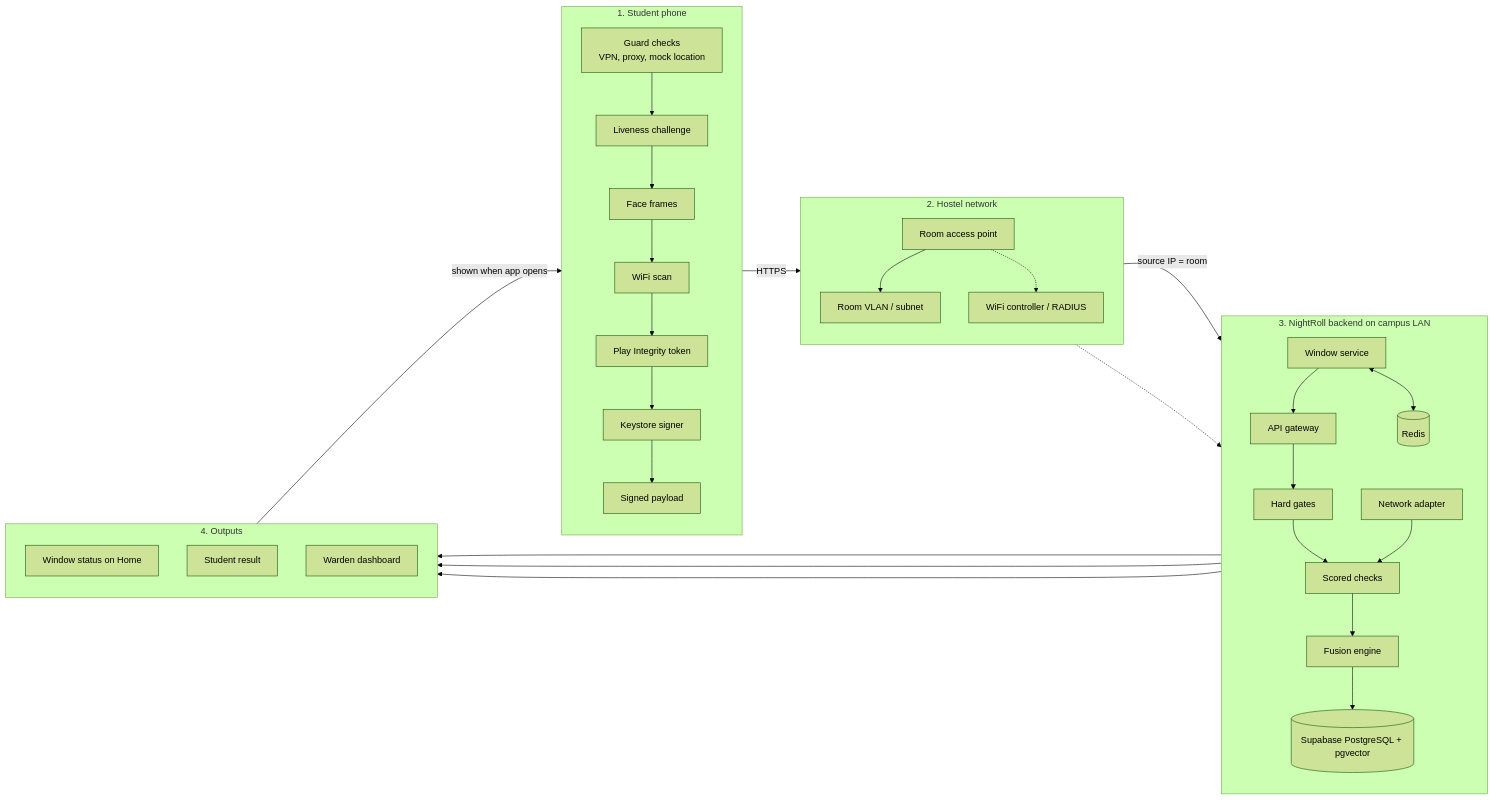
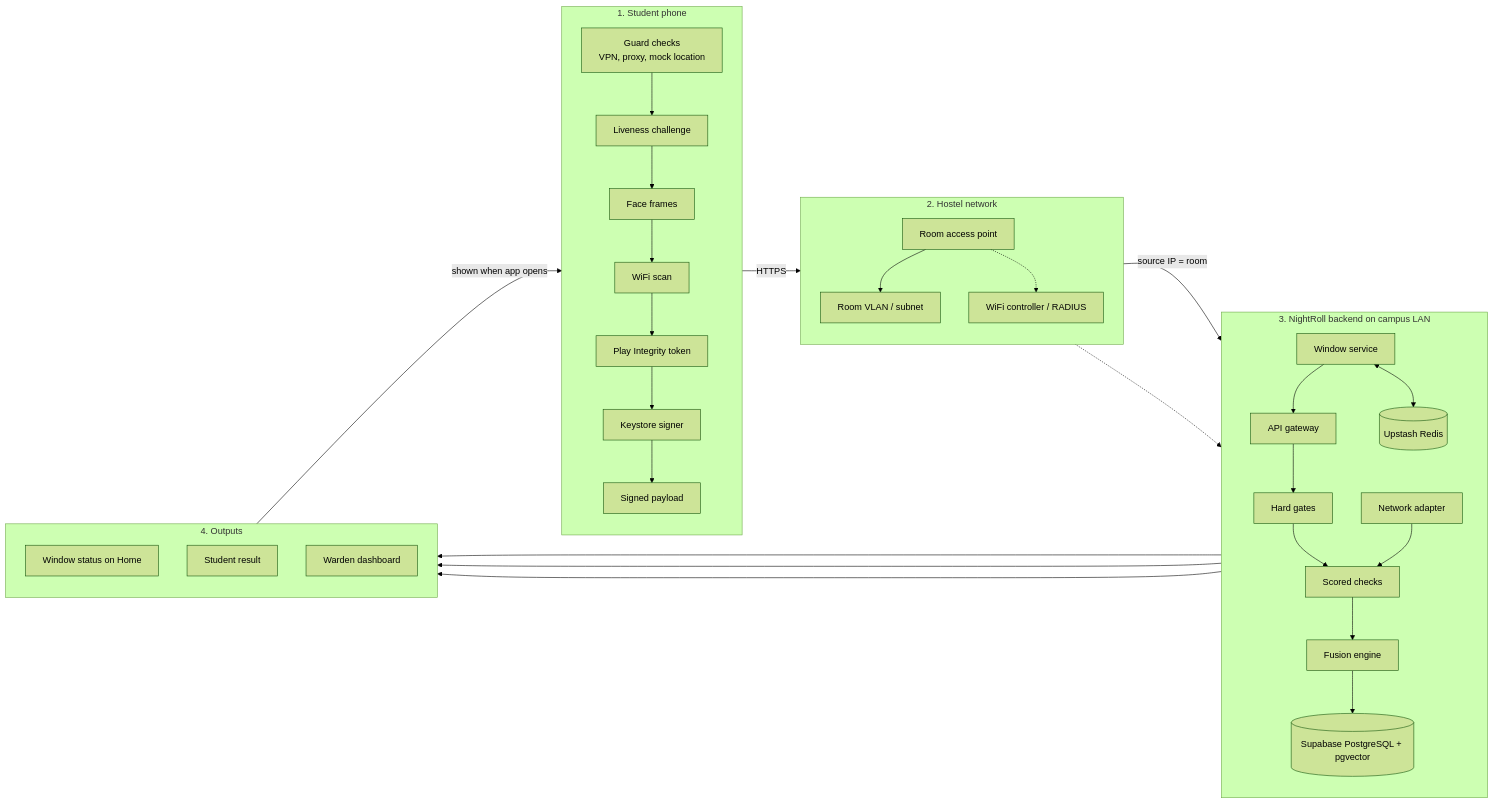
The second of 14 diagrams in README.md (Rahul-8283/NightRoll), drawn with Mermaid (forest theme) before and after one commit. The commit also changed other lines of this file and 11 other files, not shown here.

Commit message:
chore: switch Redis to hosted Upstash across env, docs and phases

````diff
--- a/README.md
+++ b/README.md
@@ -138,54 +138,54 @@
 ```mermaid
 flowchart LR
     subgraph Phone["1. Student phone"]
         direction TB
         P1["Guard checks<br/>VPN, proxy, mock location"]
         P2["Liveness challenge"]
         P3["Face frames"]
         P4["WiFi scan"]
         P5["Play Integrity token"]
         P6["Keystore signer"]
         P7["Signed payload"]
         P1 --> P2 --> P3 --> P4 --> P5 --> P6 --> P7
     end
 
     subgraph Net["2. Hostel network"]
         direction TB
         N1["Room access point"]
         N2["Room VLAN / subnet"]
         N3["WiFi controller / RADIUS"]
         N1 --> N2
         N1 -.-> N3
     end
 
     subgraph Back["3. NightRoll backend on campus LAN"]
         direction TB
         B0["Window service"]
         B1["API gateway"]
         B2["Hard gates"]
         B3["Scored checks"]
         B4["Fusion engine"]
         B5[("Supabase PostgreSQL + pgvector")]
-        B6[("Redis")]
+        B6[("Upstash Redis")]
         B7["Network adapter"]
         B0 --> B1 --> B2 --> B3 --> B4
         B0 <--> B6
         B4 --> B5
         B7 --> B3
     end
 
     subgraph Out["4. Outputs"]
         direction TB
         O1["Window status on Home"]
         O2["Student result"]
         O3["Warden dashboard"]
     end
 
     P7 -- "HTTPS" --> N1
     N2 -- "source IP = room" --> B1
     N3 -.-> B7
     B0 --> O1
     O1 -- "shown when app opens" --> P1
     B4 --> O2
     B4 --> O3
 ```
````
